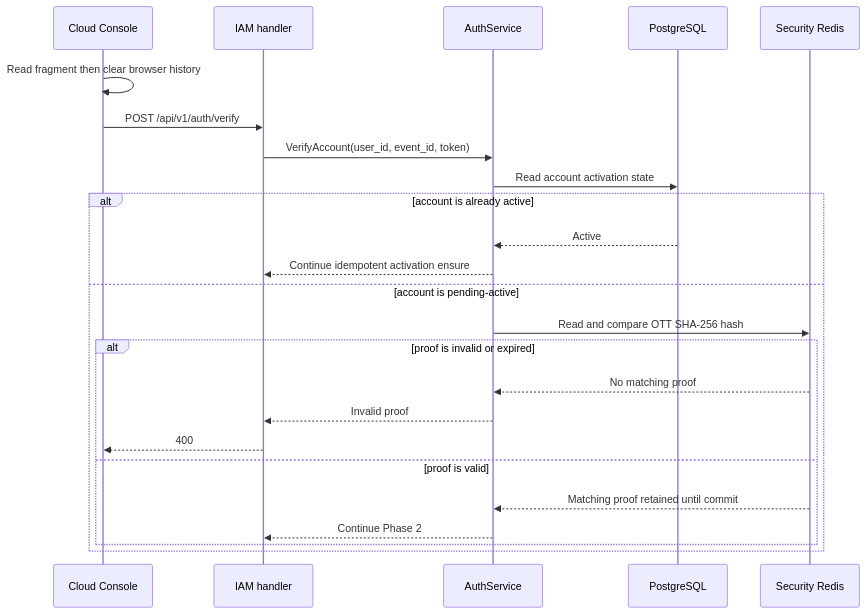
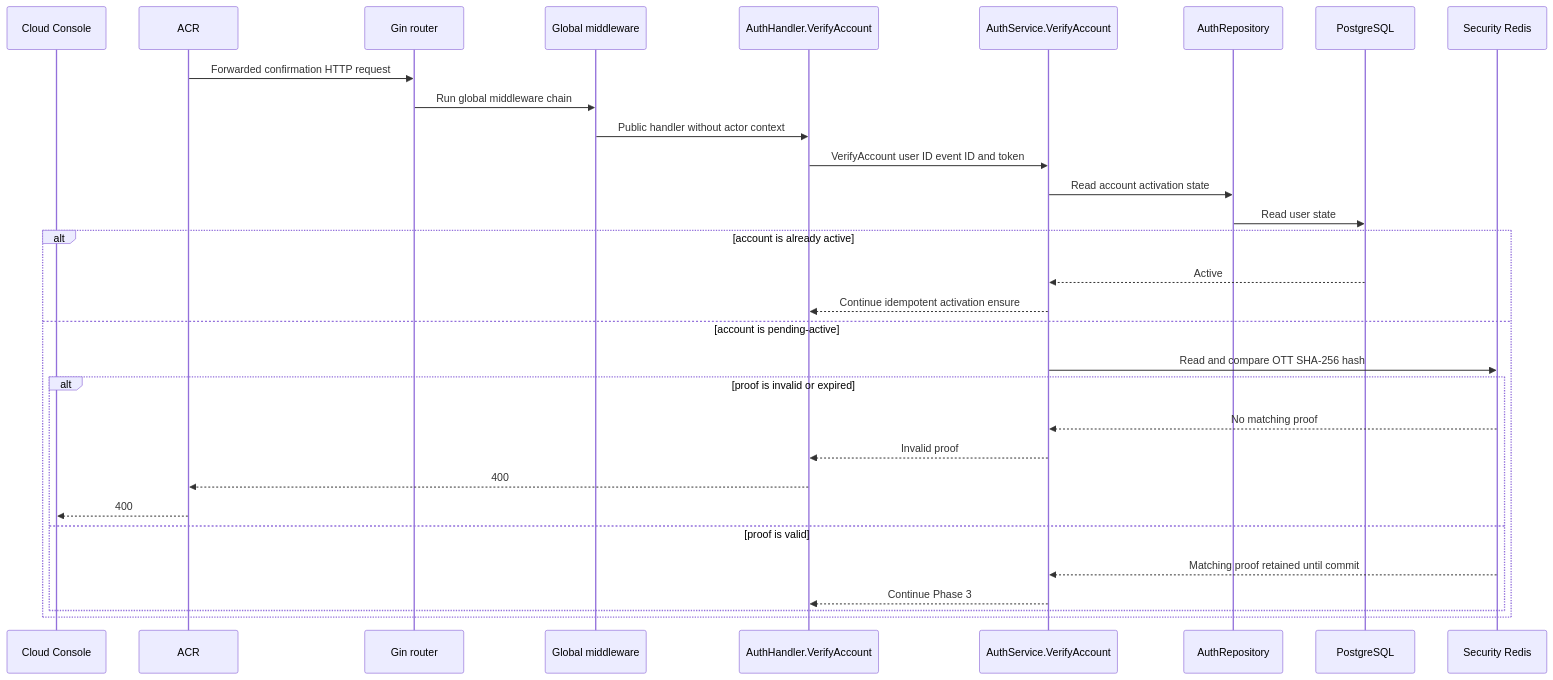
One commit to phucle996/aurora changed the second of 4 diagrams in god_view/iam/account_verification_god_view_workflow.md. Above: the diagram before and after it, drawn with Mermaid. The commit also changed other lines of this file and 165 other files, not shown here.

````diff
--- a/god_view/iam/account_verification_god_view_workflow.md
+++ b/god_view/iam/account_verification_god_view_workflow.md
@@ -62,27 +111,34 @@
 ```mermaid
 sequenceDiagram
     participant UI as Cloud Console
-    participant H as IAM handler
-    participant S as AuthService
+    participant A as ACR
+    participant G as Gin router
+    participant M as Global middleware
+    participant H as AuthHandler.VerifyAccount
+    participant S as AuthService.VerifyAccount
+    participant Repo as AuthRepository
     participant DB as PostgreSQL
     participant R as Security Redis
 
-    UI->>UI: Read fragment then clear browser history
-    UI->>H: POST /api/v1/auth/verify
-    H->>S: VerifyAccount(user_id, event_id, token)
-    S->>DB: Read account activation state
+    A->>G: Forwarded confirmation HTTP request
+    G->>M: Run global middleware chain
+    M->>H: Public handler without actor context
+    H->>S: VerifyAccount user ID event ID and token
+    S->>Repo: Read account activation state
+    Repo->>DB: Read user state
     alt account is already active
         DB-->>S: Active
         S-->>H: Continue idempotent activation ensure
     else account is pending-active
         S->>R: Read and compare OTT SHA-256 hash
         alt proof is invalid or expired
             R-->>S: No matching proof
             S-->>H: Invalid proof
-            H-->>UI: 400
+            H-->>A: 400
+            A-->>UI: 400
         else proof is valid
             R-->>S: Matching proof retained until commit
-            S-->>H: Continue Phase 2
+            S-->>H: Continue Phase 3
         end
     end
 ```
````
